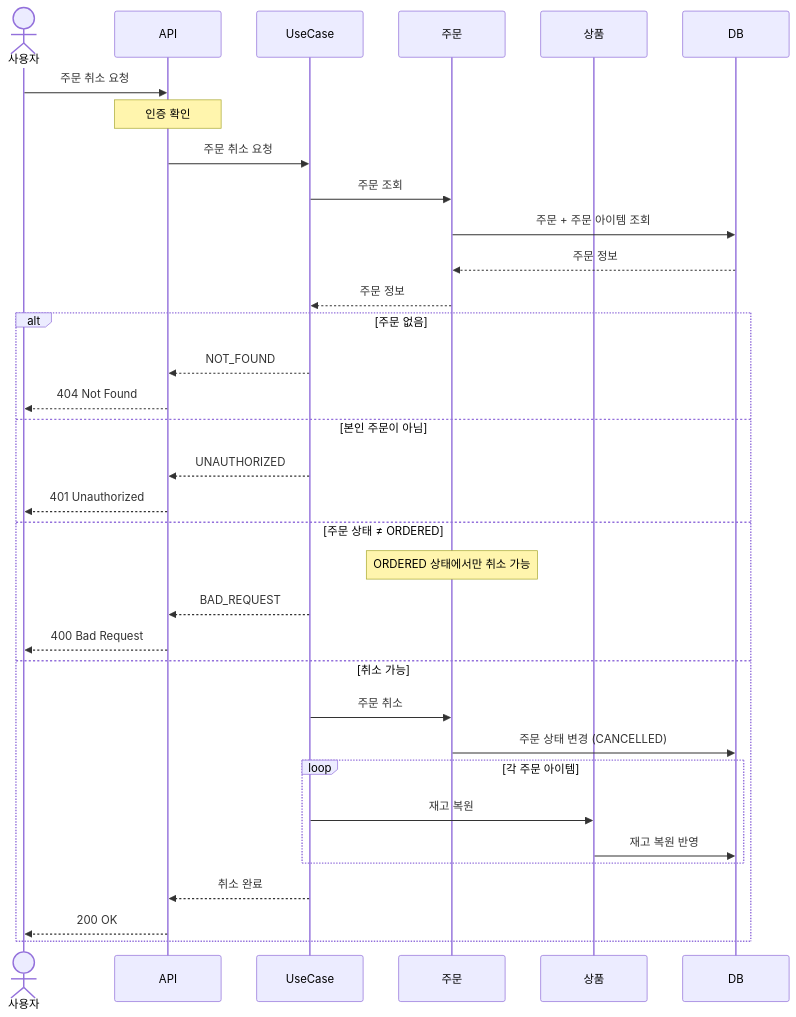
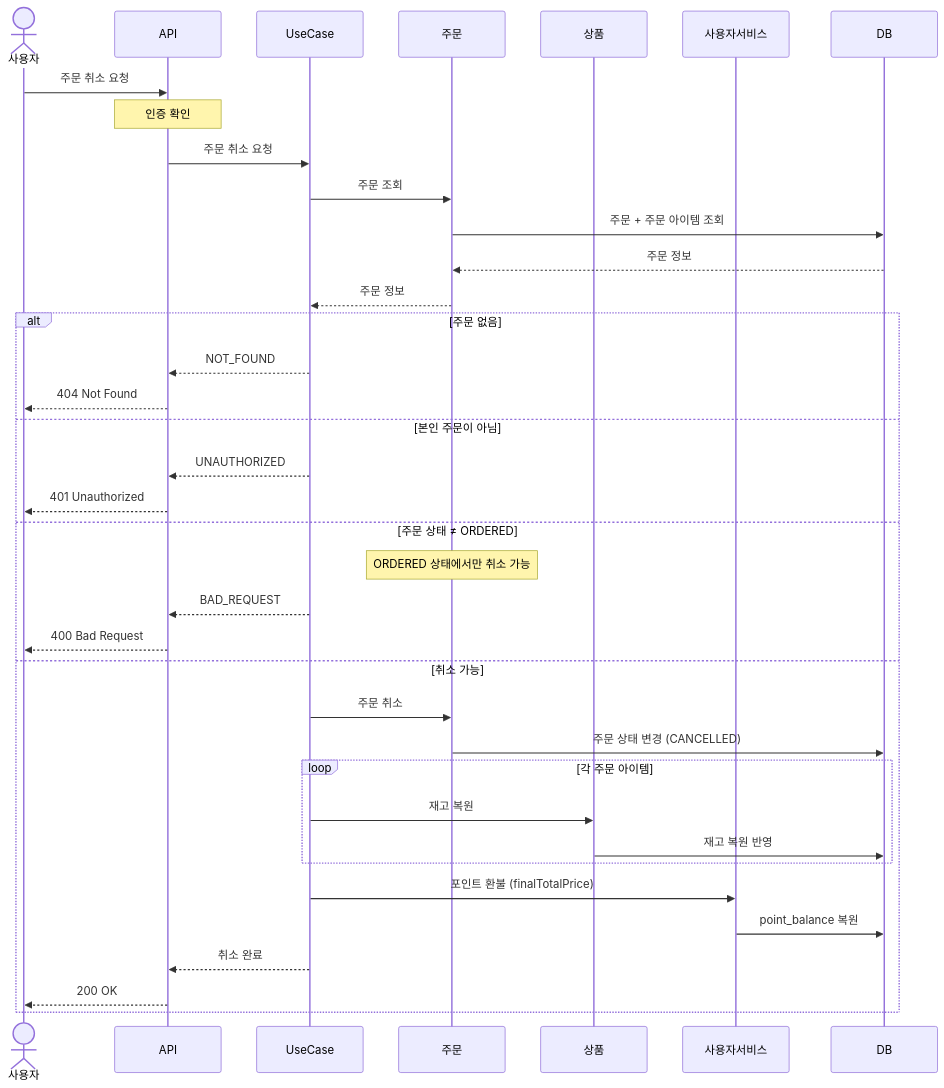
Diagram 17 of 21 in docs/design/02-sequence-diagrams.md (najang/loop-pack-be-l2-vol3-java), drawn with Mermaid before and after one commit. The commit also changed other lines of this file and 4 other files, not shown here.

````diff
--- a/docs/design/02-sequence-diagrams.md
+++ b/docs/design/02-sequence-diagrams.md
@@ -659,42 +706,46 @@
 ```mermaid
 sequenceDiagram
     actor 사용자
     participant API
     participant UseCase
     participant 주문
     participant 상품
+    participant 사용자서비스
     participant DB
 
     사용자->>API: 주문 취소 요청
     Note over API: 인증 확인
 
     API->>UseCase: 주문 취소 요청
 
     UseCase->>주문: 주문 조회
     주문->>DB: 주문 + 주문 아이템 조회
     DB-->>주문: 주문 정보
     주문-->>UseCase: 주문 정보
 
     alt 주문 없음
         UseCase-->>API: NOT_FOUND
         API-->>사용자: 404 Not Found
     else 본인 주문이 아님
         UseCase-->>API: UNAUTHORIZED
         API-->>사용자: 401 Unauthorized
     else 주문 상태 ≠ ORDERED
         Note over 주문: ORDERED 상태에서만 취소 가능
         UseCase-->>API: BAD_REQUEST
         API-->>사용자: 400 Bad Request
     else 취소 가능
         UseCase->>주문: 주문 취소
         주문->>DB: 주문 상태 변경 (CANCELLED)
 
         loop 각 주문 아이템
             UseCase->>상품: 재고 복원
             상품->>DB: 재고 복원 반영
         end
 
+        UseCase->>사용자서비스: 포인트 환불 (finalTotalPrice)
+        사용자서비스->>DB: point_balance 복원
+
         UseCase-->>API: 취소 완료
         API-->>사용자: 200 OK
     end
 ```
````
